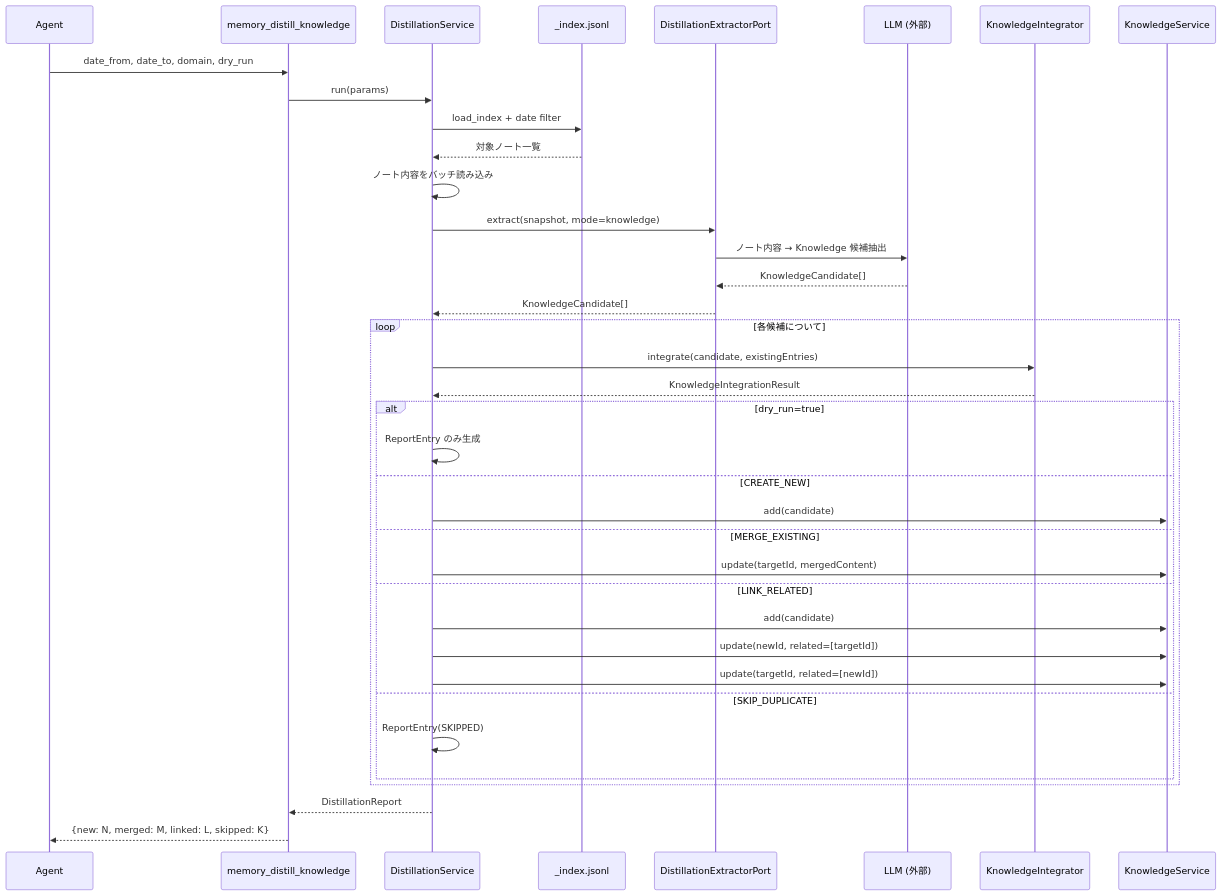
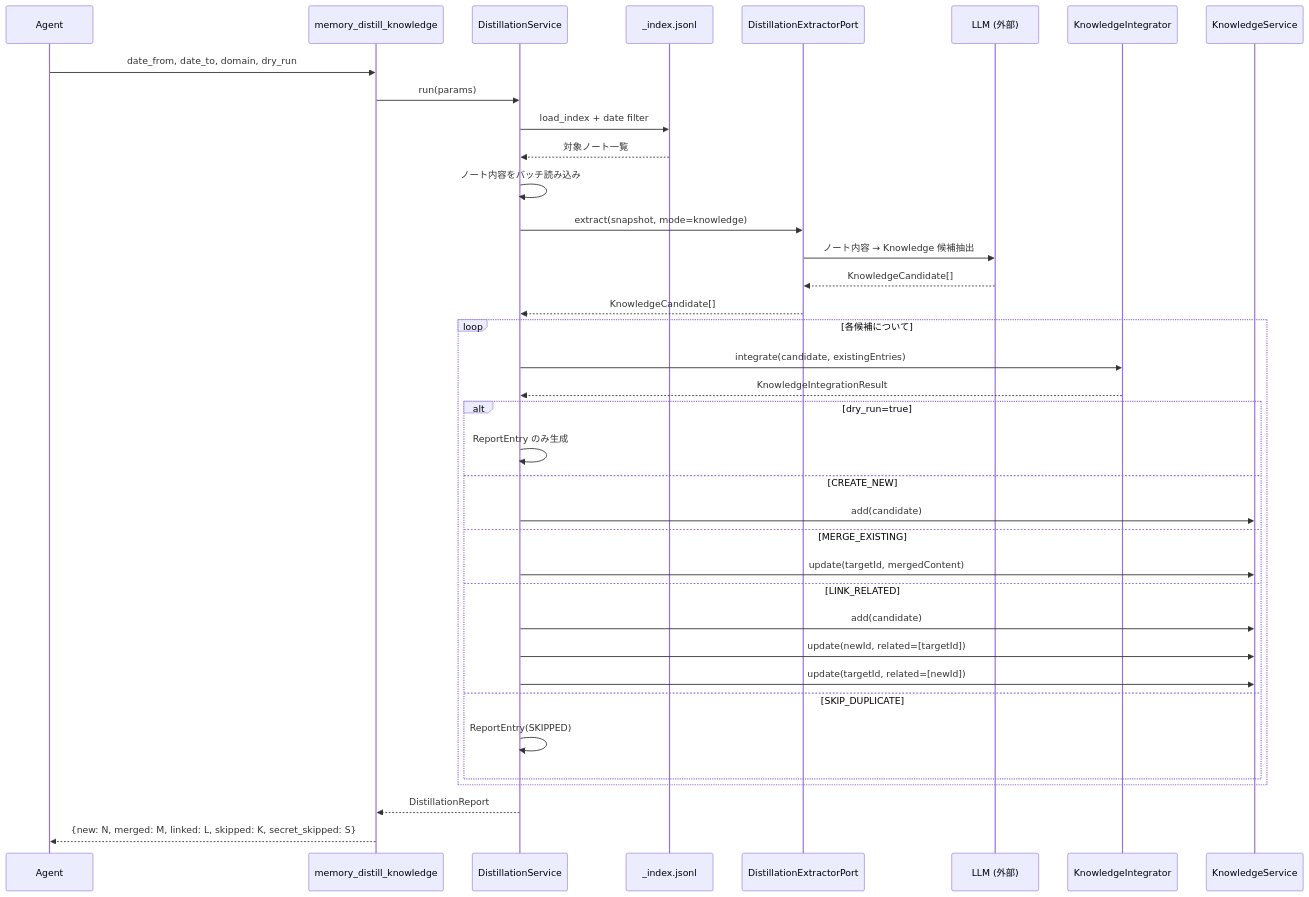
One commit to RK0429/agentic-memory changed the fourth of 6 diagrams in docs/design/ARCHITECTURE-knowledge-values.md. Above: the diagram before and after it, drawn with Mermaid. The commit also changed other lines of this file and 2 other files, not shown here.

````diff
--- a/docs/design/ARCHITECTURE-knowledge-values.md
+++ b/docs/design/ARCHITECTURE-knowledge-values.md
@@ -232,42 +239,42 @@
 ```mermaid
 sequenceDiagram
     participant A as Agent
     participant DT as memory_distill_knowledge
     participant DS as DistillationService
     participant IX as _index.jsonl
     participant DX as DistillationExtractorPort
     participant LLM as LLM (外部)
     participant KI as KnowledgeIntegrator
     participant KS as KnowledgeService
 
     A->>DT: date_from, date_to, domain, dry_run
     DT->>DS: run(params)
     DS->>IX: load_index + date filter
     IX-->>DS: 対象ノート一覧
     DS->>DS: ノート内容をバッチ読み込み
     DS->>DX: extract(snapshot, mode=knowledge)
     DX->>LLM: ノート内容 → Knowledge 候補抽出
     LLM-->>DX: KnowledgeCandidate[]
     DX-->>DS: KnowledgeCandidate[]
 
     loop 各候補について
         DS->>KI: integrate(candidate, existingEntries)
         KI-->>DS: KnowledgeIntegrationResult
         alt dry_run=true
             DS->>DS: ReportEntry のみ生成
         else CREATE_NEW
             DS->>KS: add(candidate)
         else MERGE_EXISTING
             DS->>KS: update(targetId, mergedContent)
         else LINK_RELATED
             DS->>KS: add(candidate)
             DS->>KS: update(newId, related=[targetId])
             DS->>KS: update(targetId, related=[newId])
         else SKIP_DUPLICATE
             DS->>DS: ReportEntry(SKIPPED)
         end
     end
 
     DS-->>DT: DistillationReport
-    DT-->>A: {new: N, merged: M, linked: L, skipped: K}
+    DT-->>A: {new: N, merged: M, linked: L, skipped: K, secret_skipped: S}
 ```
````
